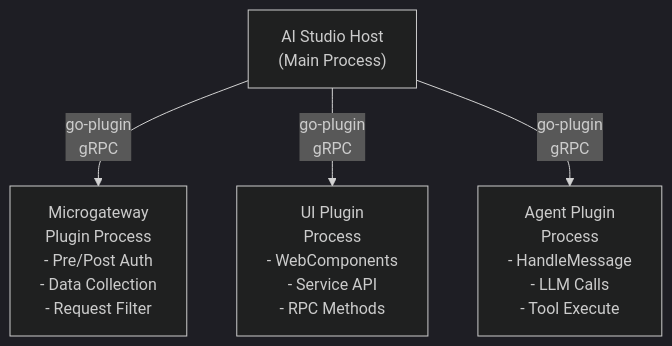
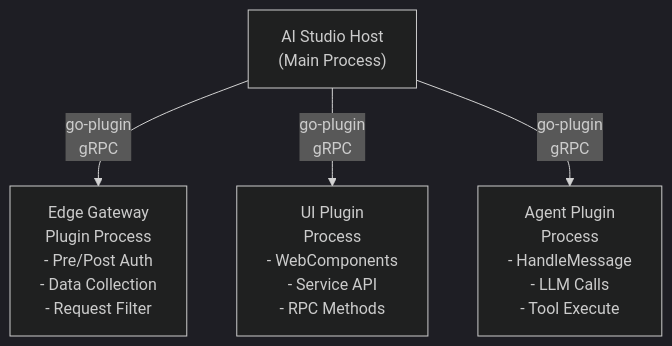
One commit to TykTechnologies/tyk-docs changed the first of 2 diagrams in ai-management/ai-studio/plugins/overview.mdx. Above: the diagram before and after it, drawn with Mermaid (dark theme). The commit also changed 3 other files, not shown here.

````diff
--- a/ai-management/ai-studio/plugins/overview.mdx
+++ b/ai-management/ai-studio/plugins/overview.mdx
@@ -108,8 +108,8 @@
 ```mermaid
 graph TD
     Host["AI Studio Host<br/>(Main Process)"]
     
-    Host -- "go-plugin<br/>gRPC" --> Edge["Microgateway<br/>Plugin Process<br/>- Pre/Post Auth<br/>- Data Collection<br/>- Request Filter"]
+    Host -- "go-plugin<br/>gRPC" --> Edge["Edge Gateway<br/>Plugin Process<br/>- Pre/Post Auth<br/>- Data Collection<br/>- Request Filter"]
     Host -- "go-plugin<br/>gRPC" --> UI["UI Plugin<br/>Process<br/>- WebComponents<br/>- Service API<br/>- RPC Methods"]
     Host -- "go-plugin<br/>gRPC" --> Agent["Agent Plugin<br/>Process<br/>- HandleMessage<br/>- LLM Calls<br/>- Tool Execute"]
 ```
````
